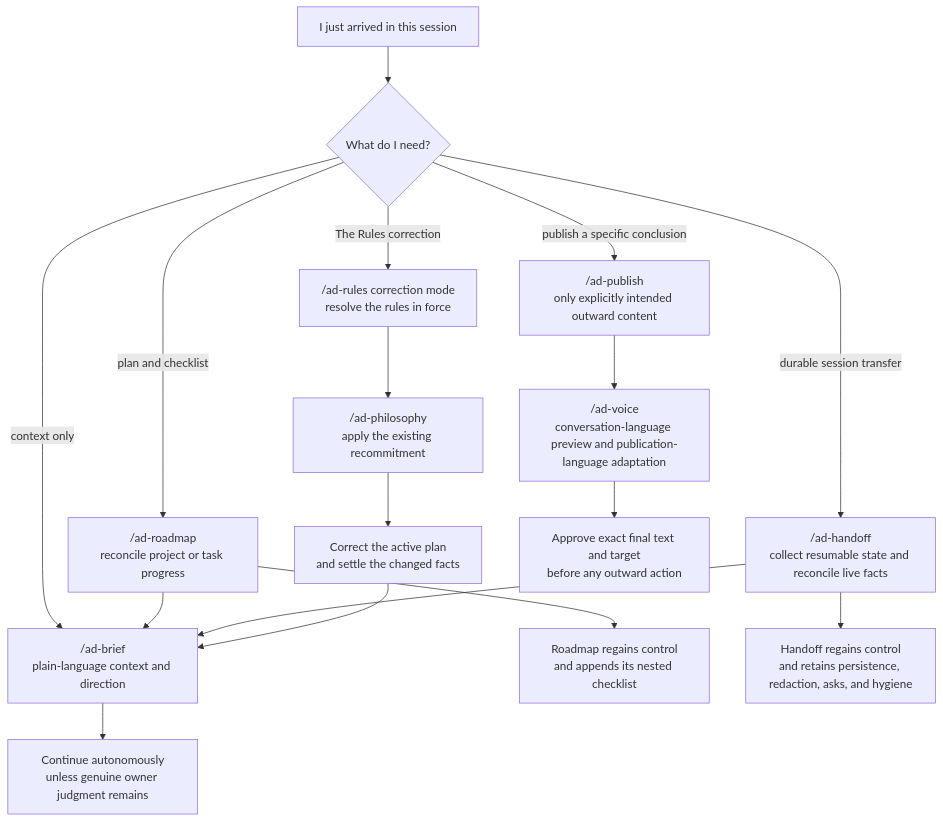
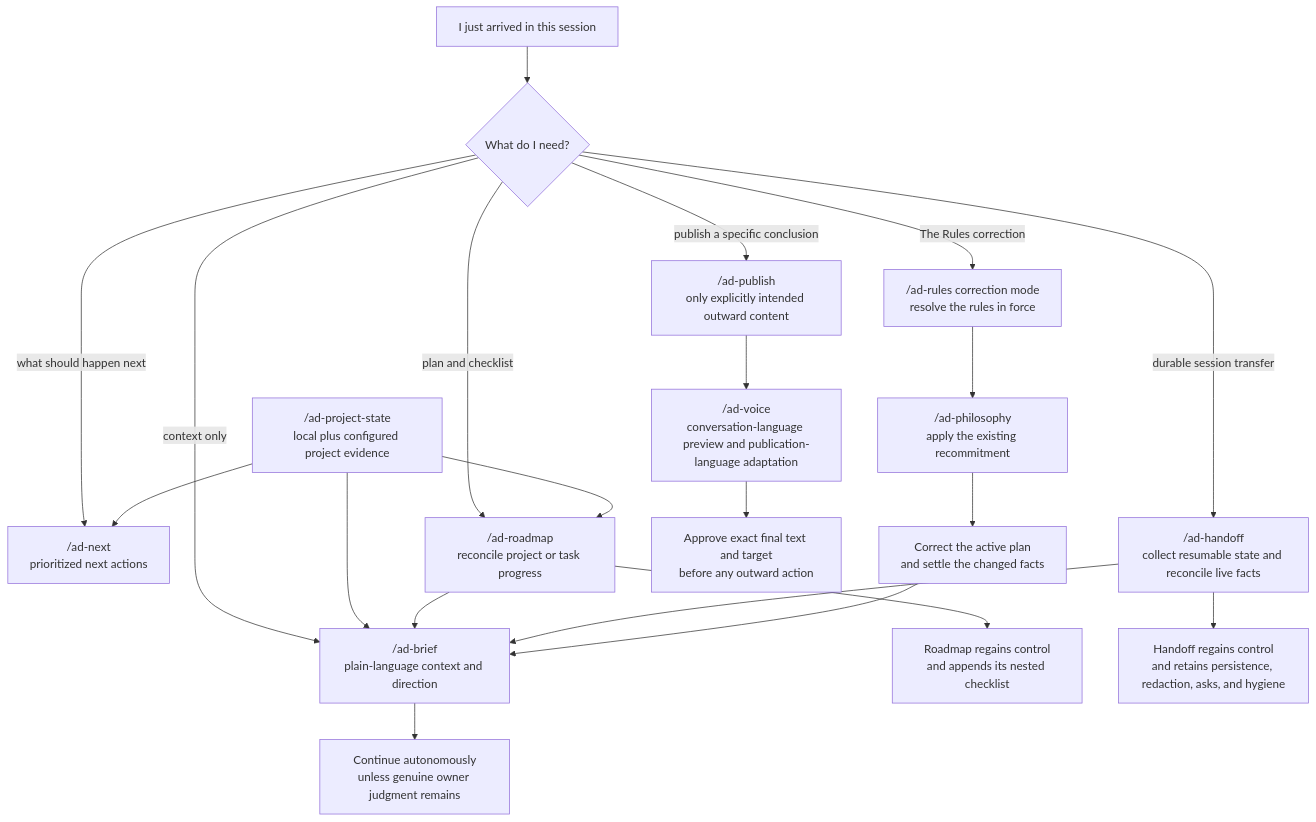
One commit to alexandremendoncaalvaro/agentic-development changed the second of 12 diagrams in WORKFLOW-FLOWS.md. Above: the diagram before and after it, drawn with Mermaid. The commit also changed other lines of this file and 45 other files, not shown here.

First line of the commit message:
feat(skills): add configurable project evidence

````diff
--- a/WORKFLOW-FLOWS.md
+++ b/WORKFLOW-FLOWS.md
@@ -56,34 +56,40 @@
 ```mermaid
 flowchart TD
     Arrive["I just arrived in this session"]
     Need{"What do I need?"}
+    ProjectState["/ad-project-state<br>local plus configured project evidence"]
+    Next["/ad-next<br>prioritized next actions"]
     Brief["/ad-brief<br>plain-language context and direction"]
     Roadmap["/ad-roadmap<br>reconcile project or task progress"]
     Checklist["Roadmap regains control<br>and appends its nested checklist"]
     Handoff["/ad-handoff<br>collect resumable state and reconcile live facts"]
     Persist["Handoff regains control<br>and retains persistence, redaction, asks, and hygiene"]
     Rules["/ad-rules correction mode<br>resolve the rules in force"]
     Philosophy["/ad-philosophy<br>apply the existing recommitment"]
     Corrected["Correct the active plan<br>and settle the changed facts"]
     Continue["Continue autonomously<br>unless genuine owner judgment remains"]
     Publish["/ad-publish<br>only explicitly intended outward content"]
     Voice["/ad-voice<br>conversation-language preview and publication-language adaptation"]
     Approve["Approve exact final text and target<br>before any outward action"]
 
     Arrive --> Need
+    Need -->|what should happen next| Next
     Need -->|context only| Brief
     Need -->|plan and checklist| Roadmap
     Need -->|durable session transfer| Handoff
     Need -->|The Rules correction| Rules
+    ProjectState --> Next
+    ProjectState --> Roadmap
+    ProjectState --> Brief
     Roadmap --> Brief
     Roadmap --> Checklist
     Handoff --> Brief
     Handoff --> Persist
     Rules --> Philosophy
     Philosophy --> Corrected
     Corrected --> Brief
     Brief --> Continue
     Need -->|publish a specific conclusion| Publish
     Publish --> Voice
     Voice --> Approve
 ```
````
